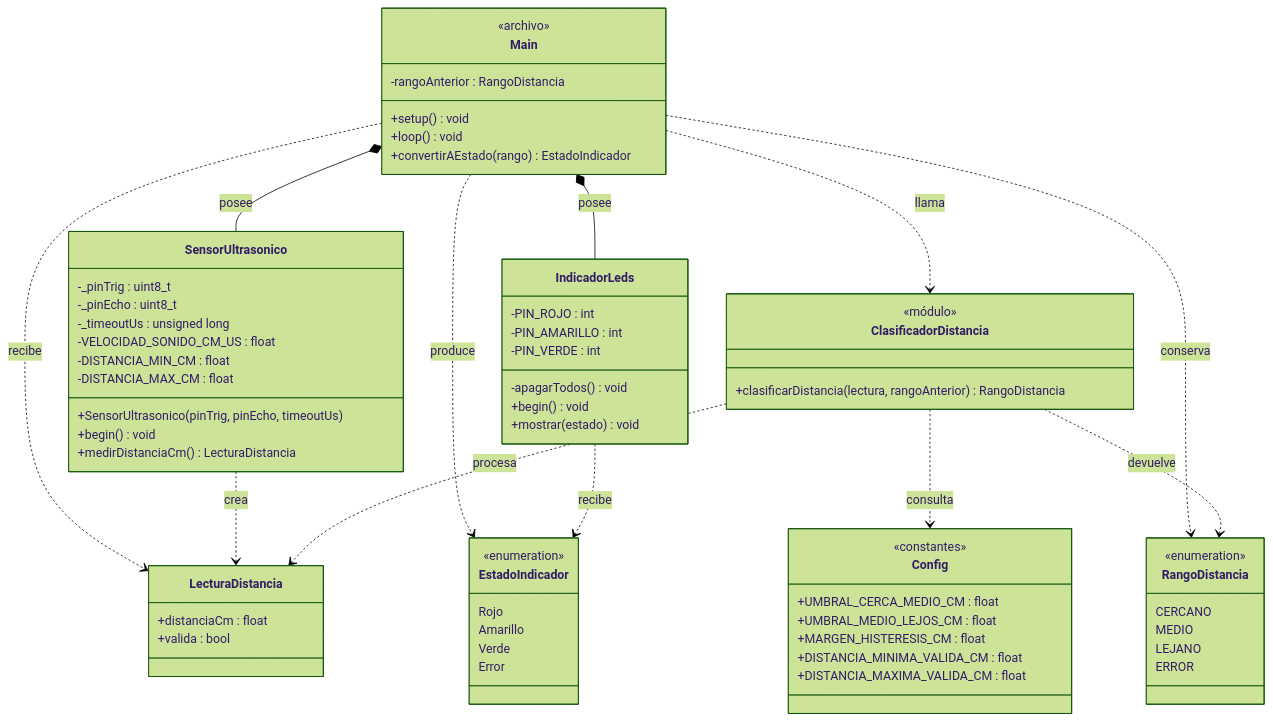
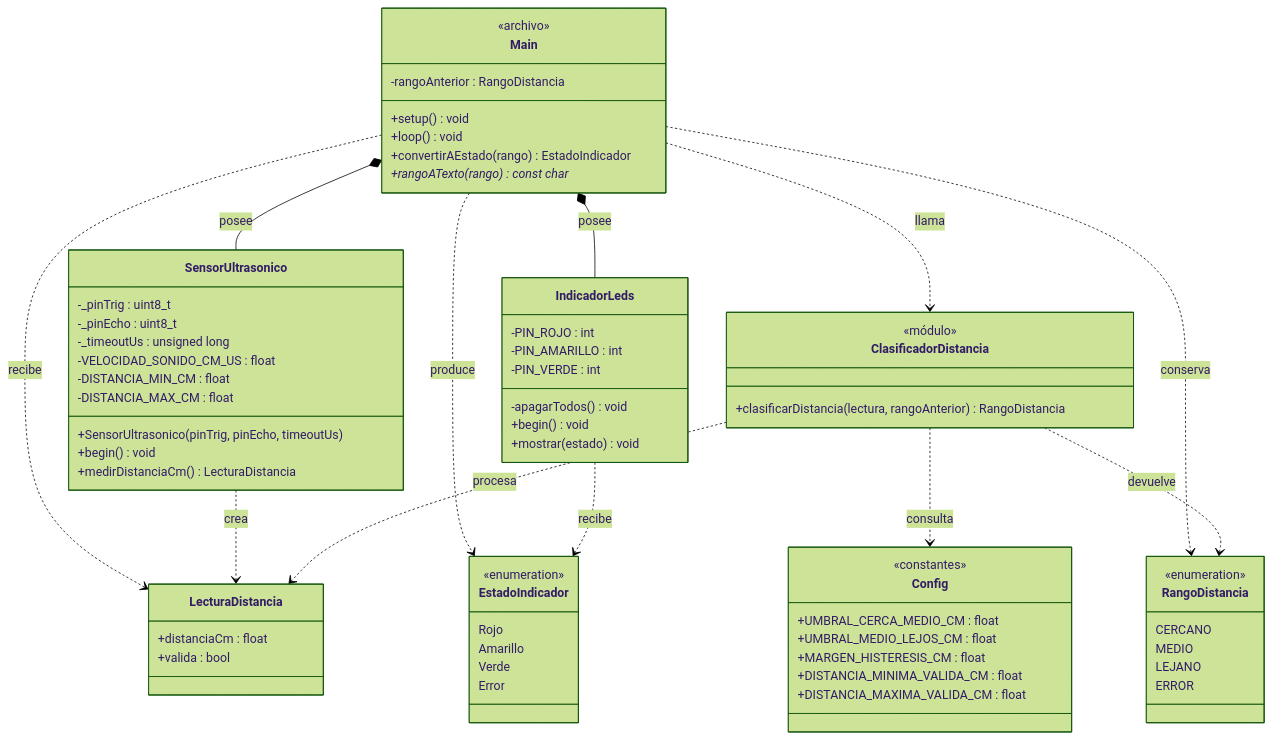
One commit to Ruben-Cordero/IoT-LEDs changed the third of 5 diagrams in doc/informe.md. Above: the diagram before and after it, drawn with Mermaid (forest theme). The commit also changed other lines of this file and 2 other files, not shown here.

```diff
--- a/doc/informe.md
+++ b/doc/informe.md
@@ -176,78 +179,79 @@
 ~~~mermaid
 classDiagram
     class Main {
         <<archivo>>
         +setup() void
         +loop() void
         +convertirAEstado(rango) EstadoIndicador
+        +rangoATexto(rango) const char*
         -rangoAnterior : RangoDistancia
     }
 
     class SensorUltrasonico {
         -_pinTrig : uint8_t
         -_pinEcho : uint8_t
         -_timeoutUs : unsigned long
         -VELOCIDAD_SONIDO_CM_US : float
         -DISTANCIA_MIN_CM : float
         -DISTANCIA_MAX_CM : float
         +SensorUltrasonico(pinTrig, pinEcho, timeoutUs)
         +begin() void
         +medirDistanciaCm() LecturaDistancia
     }
 
     class LecturaDistancia {
         +distanciaCm : float
         +valida : bool
     }
 
     class ClasificadorDistancia {
         <<módulo>>
         +clasificarDistancia(lectura, rangoAnterior) RangoDistancia
     }
 
     class Config {
         <<constantes>>
         +UMBRAL_CERCA_MEDIO_CM : float
         +UMBRAL_MEDIO_LEJOS_CM : float
         +MARGEN_HISTERESIS_CM : float
         +DISTANCIA_MINIMA_VALIDA_CM : float
         +DISTANCIA_MAXIMA_VALIDA_CM : float
     }
 
     class RangoDistancia {
         <<enumeration>>
         CERCANO
         MEDIO
         LEJANO
         ERROR
     }
 
     class IndicadorLeds {
         -PIN_ROJO : int
         -PIN_AMARILLO : int
         -PIN_VERDE : int
         -apagarTodos() void
         +begin() void
         +mostrar(estado) void
     }
 
     class EstadoIndicador {
         <<enumeration>>
         Rojo
         Amarillo
         Verde
         Error
     }
 
     Main *-- SensorUltrasonico : posee
     Main *-- IndicadorLeds : posee
     Main ..> LecturaDistancia : recibe
     Main ..> ClasificadorDistancia : llama
     Main ..> RangoDistancia : conserva
     Main ..> EstadoIndicador : produce
     SensorUltrasonico ..> LecturaDistancia : crea
     ClasificadorDistancia ..> LecturaDistancia : procesa
     ClasificadorDistancia ..> Config : consulta
     ClasificadorDistancia ..> RangoDistancia : devuelve
     IndicadorLeds ..> EstadoIndicador : recibe
 ~~~
```
